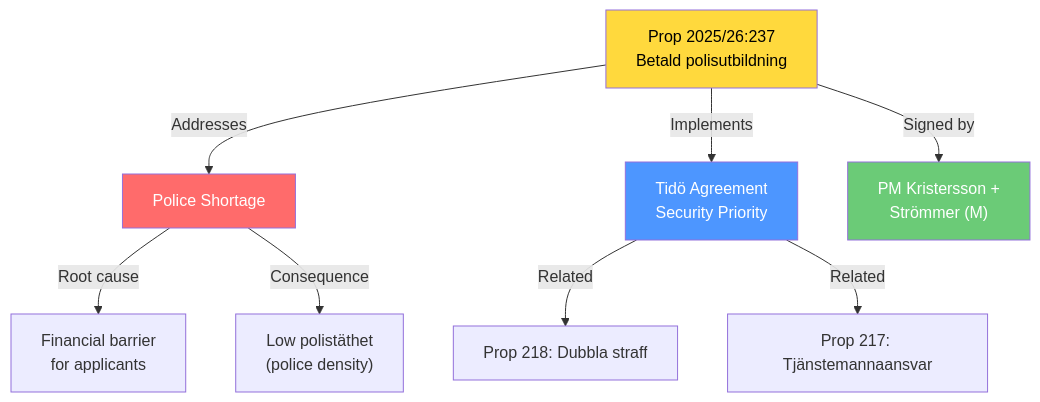
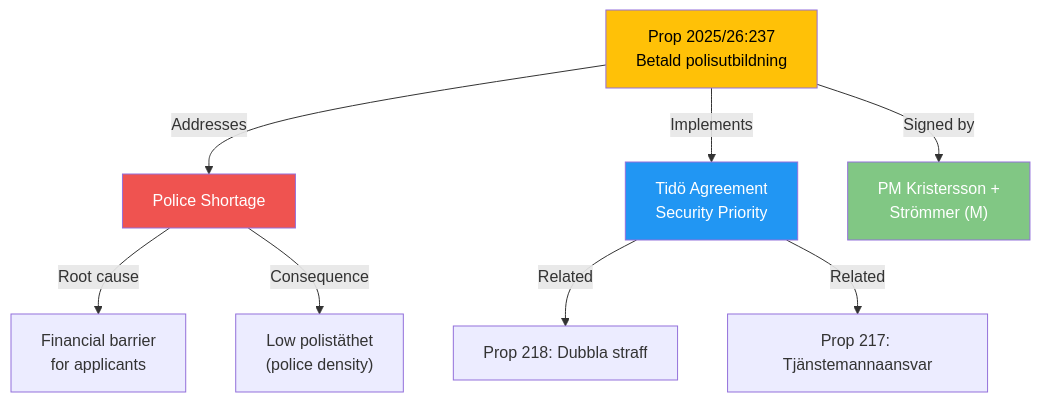
Before and after one commit to Hack23/riksdagsmonitor: the diagram in analysis/daily/2026-04-14/realtime-1526/documents/hd03237-analysis.md, drawn with Mermaid. The commit also changed 785 other files, not shown here.

First line of the commit message:
Normalize mermaid colors across 786 analysis artifacts to ISMS Style Guide palette

````diff
--- a/analysis/daily/2026-04-14/realtime-1526/documents/hd03237-analysis.md
+++ b/analysis/daily/2026-04-14/realtime-1526/documents/hd03237-analysis.md
@@ -20,14 +20,14 @@
 ```mermaid
 graph TD
     A["Prop 2025/26:237<br/>Betald polisutbildning"] -->|"Addresses"| B["Police Shortage"]
     A -->|"Implements"| C["Tidö Agreement<br/>Security Priority"]
     A -->|"Signed by"| D["PM Kristersson +<br/>Strömmer (M)"]
     B -->|"Root cause"| E["Financial barrier<br/>for applicants"]
     B -->|"Consequence"| F["Low polistäthet<br/>(police density)"]
     C -->|"Related"| G["Prop 218: Dubbla straff"]
     C -->|"Related"| H["Prop 217: Tjänstemannaansvar"]
-    style A fill:#ffd93d,color:#000
-    style B fill:#ff6b6b,color:#fff
-    style C fill:#4d96ff,color:#fff
-    style D fill:#6bcb77,color:#fff
+    style A fill:#FFC107,color:#000000
+    style B fill:#EF5350,color:#FFFFFF
+    style C fill:#2196F3,color:#FFFFFF
+    style D fill:#81C784,color:#FFFFFF
 ```
````
